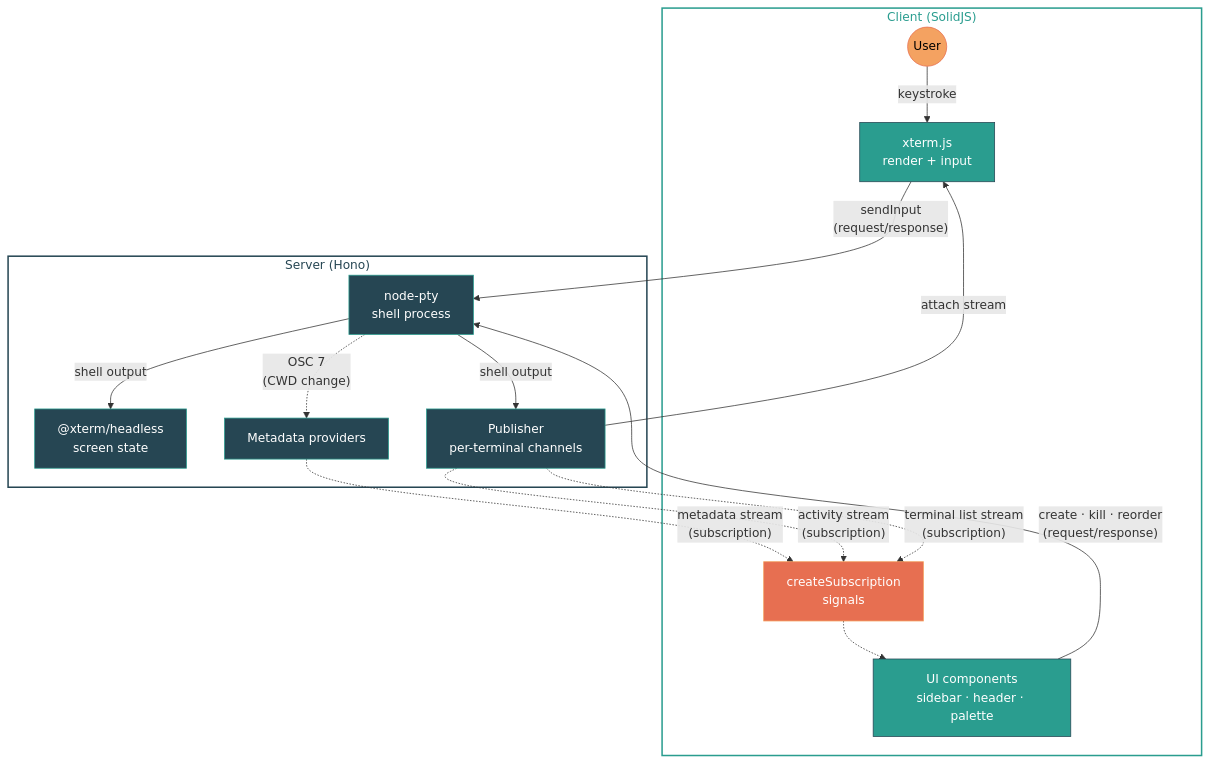
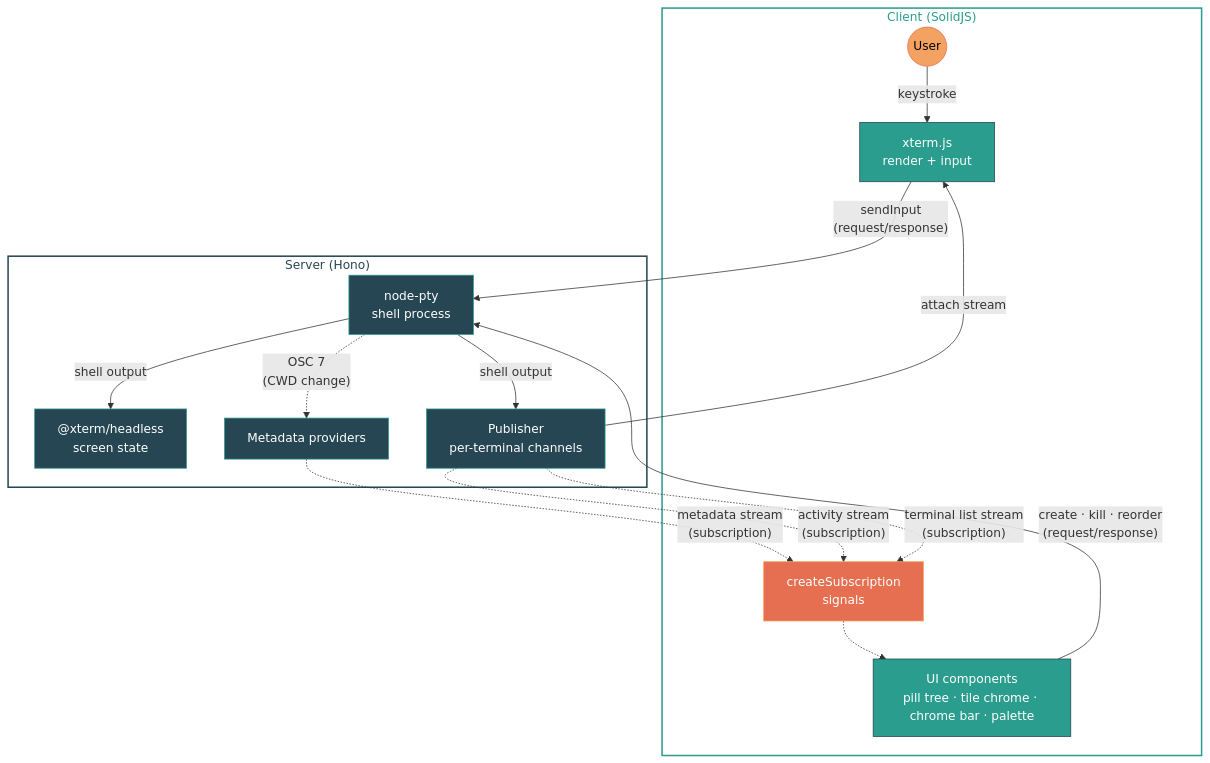
Before and after one commit to juspay/kolu: the diagram in README.md, drawn with Mermaid. The commit also changed other lines of this file and 105 other files, not shown here.

````diff
--- a/README.md
+++ b/README.md
@@ -150,43 +153,43 @@
 ```mermaid
 flowchart TB
   subgraph Client["Client (SolidJS)"]
     User((User)):::user
     Xterm["xterm.js\nrender + input"]:::client
     Subs["createSubscription\nsignals"]:::cache
-    UI["UI components\nsidebar · header · palette"]:::client
+    UI["UI components\npill tree · tile chrome · chrome bar · palette"]:::client
   end
 
   subgraph Server["Server (Hono)"]
     PTY["node-pty\nshell process"]:::server
     Headless["@xterm/headless\nscreen state"]:::server
     Pub["Publisher\nper-terminal channels"]:::server
     Providers["Metadata providers"]:::server
   end
 
   %% Terminal I/O loop
   User -->|"keystroke"| Xterm
   Xterm -->|"sendInput\n(request/response)"| PTY
   PTY -->|"shell output"| Headless
   PTY -->|"shell output"| Pub
   Pub -->|"attach stream"| Xterm
 
   %% Metadata loop
   PTY -.->|"OSC 7\n(CWD change)"| Providers
   Providers -.->|"metadata stream\n(subscription)"| Subs
   Pub -.->|"activity stream\n(subscription)"| Subs
   Subs -.-> UI
 
   %% Terminal list (server-pushed on create/kill/reorder)
   Pub -.->|"terminal list stream\n(subscription)"| Subs
 
   %% User actions
   UI -->|"create · kill · reorder\n(request/response)"| PTY
 
   classDef user fill:#f4a261,stroke:#e76f51,color:#000
   classDef client fill:#2a9d8f,stroke:#264653,color:#fff
   classDef cache fill:#e76f51,stroke:#f4a261,color:#fff
   classDef server fill:#264653,stroke:#2a9d8f,color:#fff
 
   style Client fill:none,stroke:#2a9d8f,stroke-width:2px,color:#2a9d8f
   style Server fill:none,stroke:#264653,stroke-width:2px,color:#264653
 ```
````
